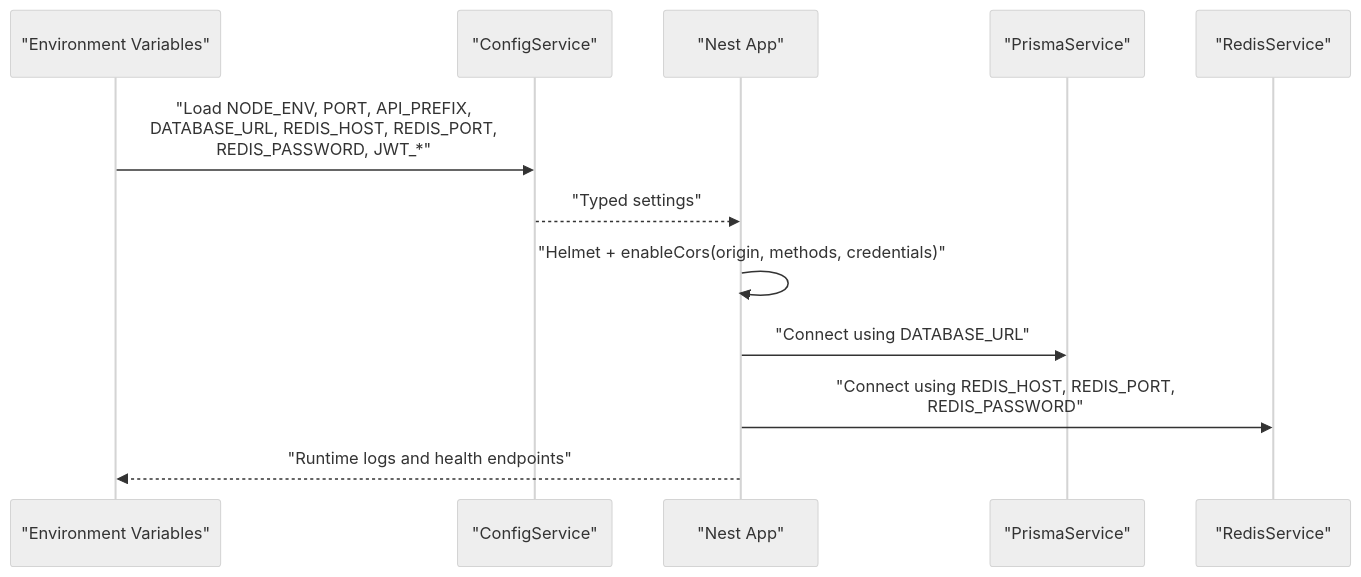
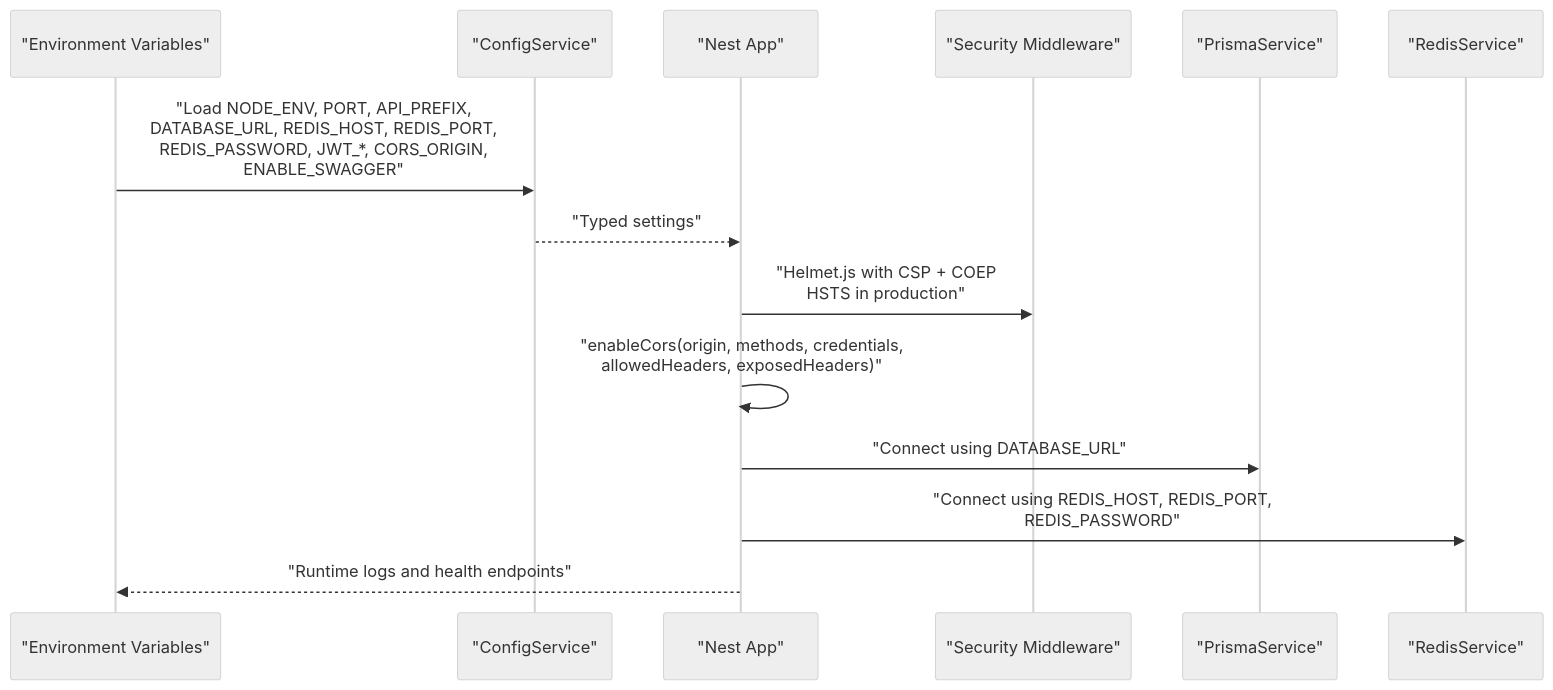
Before and after one commit to Avi-Bendetsky/Quiz-to-build: the second of 3 diagrams in .qoder/repowiki/en/content/Configuration and Environment.md, drawn with Mermaid (neutral theme). The commit also changed other lines of this file and 41 other files, not shown here.

````diff
--- a/.qoder/repowiki/en/content/Configuration and Environment.md
+++ b/.qoder/repowiki/en/content/Configuration and Environment.md
@@ -113,14 +142,16 @@
 ```mermaid
 sequenceDiagram
 participant Env as "Environment Variables"
 participant Config as "ConfigService"
 participant App as "Nest App"
+participant Security as "Security Middleware"
 participant DB as "PrismaService"
 participant Cache as "RedisService"
-Env->>Config : "Load NODE_ENV, PORT, API_PREFIX,<br/>DATABASE_URL, REDIS_HOST, REDIS_PORT,<br/>REDIS_PASSWORD, JWT_*"
+Env->>Config : "Load NODE_ENV, PORT, API_PREFIX,<br/>DATABASE_URL, REDIS_HOST, REDIS_PORT,<br/>REDIS_PASSWORD, JWT_*, CORS_ORIGIN,<br/>ENABLE_SWAGGER"
 Config-->>App : "Typed settings"
-App->>App : "Helmet + enableCors(origin, methods, credentials)"
+App->>Security : "Helmet.js with CSP + COEP<br/>HSTS in production"
+App->>App : "enableCors(origin, methods, credentials,<br/>allowedHeaders, exposedHeaders)"
 App->>DB : "Connect using DATABASE_URL"
 App->>Cache : "Connect using REDIS_HOST, REDIS_PORT,<br/>REDIS_PASSWORD"
 App-->>Env : "Runtime logs and health endpoints"
 ```
````
